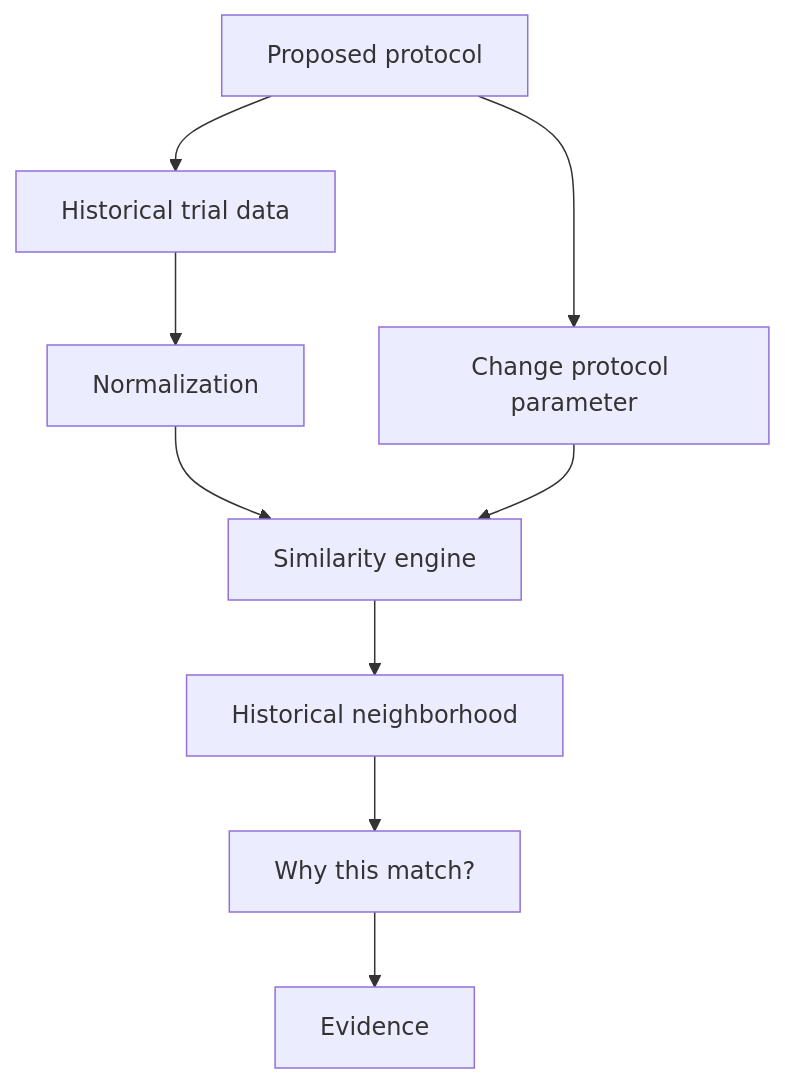
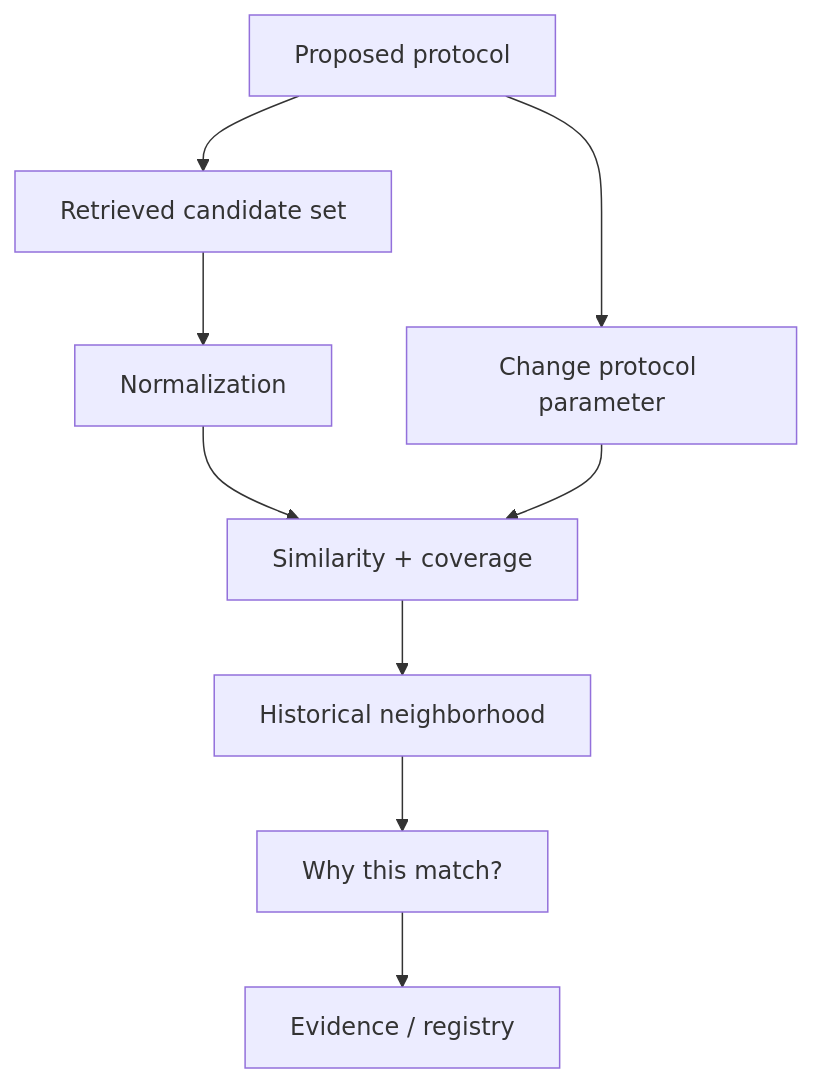
Before and after one commit to amedeone03/amass-trialcore-demo: the diagram in README.md, drawn with Mermaid. The commit also changed other lines of this file and 18 other files, not shown here.

First line of the commit message:
Rebrand to ProtocolNeighbor and make historical similarity scientifically defensible.

````diff
--- a/README.md
+++ b/README.md
@@ -55,11 +48,11 @@
 ```mermaid
 flowchart TD
-    A[Proposed protocol] --> B[Historical trial data]
+    A[Proposed protocol] --> B[Retrieved candidate set]
     B --> C[Normalization]
-    C --> D[Similarity engine]
+    C --> D[Similarity + coverage]
     D --> E[Historical neighborhood]
     E --> F[Why this match?]
-    F --> G[Evidence]
+    F --> G[Evidence / registry]
     A --> H[Change protocol parameter]
     H --> D
 ```
````
